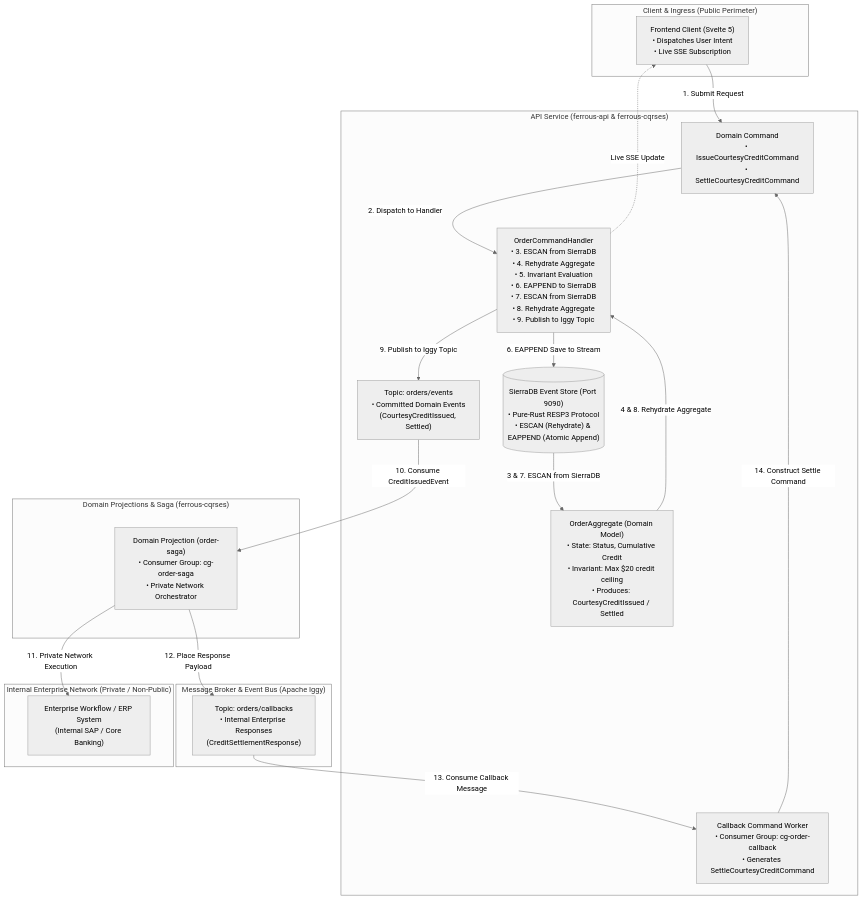
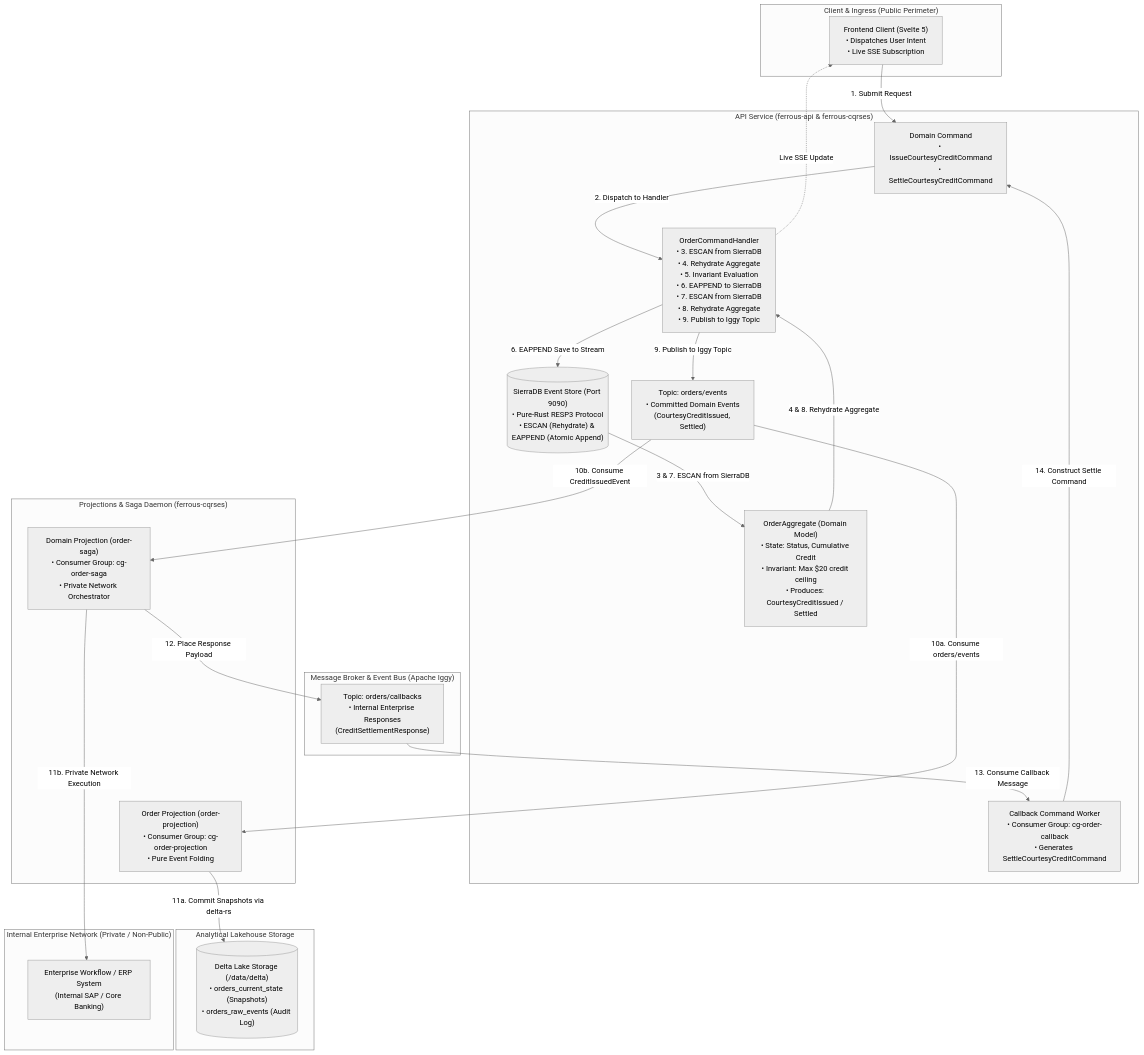
The first of 2 diagrams in README.md (reidlai/ferrous-cx), drawn with Mermaid (neutral theme) before and after one commit. The commit also changed other lines of this file, not shown here.

Commit message:
docs(architecture): integrate delta-rs projection in write flow and streamline read flow query path

````diff
--- a/README.md
+++ b/README.md
@@ -42,53 +42,63 @@
 ```mermaid
 flowchart TD
     subgraph Client_Tier ["Client & Ingress (Public Perimeter)"]
         Client["Frontend Client (Svelte 5)<br/>• Dispatches User Intent<br/>• Live SSE Subscription"]
     end
 
     subgraph API_Tier ["API Service (ferrous-api & ferrous-cqrses)"]
         Command["Domain Command<br/>• IssueCourtesyCreditCommand<br/>• SettleCourtesyCreditCommand"]
         CommandHandler["OrderCommandHandler<br/>• 3. ESCAN from SierraDB<br/>• 4. Rehydrate Aggregate<br/>• 5. Invariant Evaluation<br/>• 6. EAPPEND to SierraDB<br/>• 7. ESCAN from SierraDB<br/>• 8. Rehydrate Aggregate<br/>• 9. Publish to Iggy Topic"]
         Aggregate["OrderAggregate (Domain Model)<br/>• State: Status, Cumulative Credit<br/>• Invariant: Max $20 credit ceiling<br/>• Produces: CourtesyCreditIssued / Settled"]
         CallbackWorker["Callback Command Worker<br/>• Consumer Group: cg-order-callback<br/>• Generates SettleCourtesyCreditCommand"]
         SierraDB[("SierraDB Event Store (Port 9090)<br/>• Pure-Rust RESP3 Protocol<br/>• ESCAN (Rehydrate) & EAPPEND (Atomic Append)")]
 
         Command -->|"2. Dispatch to Handler"| CommandHandler
         SierraDB -->|"3 & 7. ESCAN from SierraDB"| Aggregate
         Aggregate -->|"4 & 8. Rehydrate Aggregate"| CommandHandler
         CommandHandler -->|"6. EAPPEND Save to Stream"| SierraDB
         CommandHandler -->|"9. Publish to Iggy Topic"| IggyEvents
     end
 
     subgraph Streaming_Fabric ["Message Broker & Event Bus (Apache Iggy)"]
         IggyEvents["Topic: orders/events<br/>• Committed Domain Events<br/>(CourtesyCreditIssued, Settled)"]
         IggyCallbacks["Topic: orders/callbacks<br/>• Internal Enterprise Responses<br/>(CreditSettlementResponse)"]
     end
 
-    subgraph Projection_Tier ["Domain Projections & Saga (ferrous-cqrses)"]
+    subgraph Projection_Tier ["Projections & Saga Daemon (ferrous-cqrses)"]
+        OrderProjection["Order Projection (order-projection)<br/>• Consumer Group: cg-order-projection<br/>• Pure Event Folding"]
         DomainProjection["Domain Projection (order-saga)<br/>• Consumer Group: cg-order-saga<br/>• Private Network Orchestrator"]
+    end
+
+    subgraph Lakehouse_Tier ["Analytical Lakehouse Storage"]
+        DeltaLake[("Delta Lake Storage (/data/delta)<br/>• orders_current_state (Snapshots)<br/>• orders_raw_events (Audit Log)")]
     end
 
     subgraph Enterprise_Tier ["Internal Enterprise Network (Private / Non-Public)"]
         EnterpriseWorkflow["Enterprise Workflow / ERP System<br/>(Internal SAP / Core Banking)"]
     end        
 
     Client_Tier ~~~ API_Tier
     API_Tier ~~~ Streaming_Fabric
     Streaming_Fabric ~~~ Projection_Tier
+    Projection_Tier ~~~ Lakehouse_Tier
     Projection_Tier ~~~ Enterprise_Tier    
 
     %% Step 1: User Command Ingestion
     Client -->|"1. Submit Request"| Command
     CommandHandler -.->|"Live SSE Update"| Client
 
-    %% Step 2: Domain Projection Consumption
-    IggyEvents -->|"10. Consume CreditIssuedEvent"| DomainProjection
-    DomainProjection -->|"11. Private Network Execution"| EnterpriseWorkflow
+    %% Step 2: Projections & Delta Lake Write
+    IggyEvents -->|"10a. Consume orders/events"| OrderProjection
+    OrderProjection -->|"11a. Commit Snapshots via delta-rs"| DeltaLake
 
-    %% Step 3: Callback Queue Placement
+    %% Step 3: Domain Projection Consumption
+    IggyEvents -->|"10b. Consume CreditIssuedEvent"| DomainProjection
+    DomainProjection -->|"11b. Private Network Execution"| EnterpriseWorkflow
+
+    %% Step 4: Callback Queue Placement
     DomainProjection -->|"12. Place Response Payload"| IggyCallbacks
 
-    %% Step 4: Callback to Command Loop
+    %% Step 5: Callback to Command Loop
     IggyCallbacks -->|"13. Consume Callback Message"| CallbackWorker
     CallbackWorker -->|"14. Construct Settle Command"| Command
 ```
````
